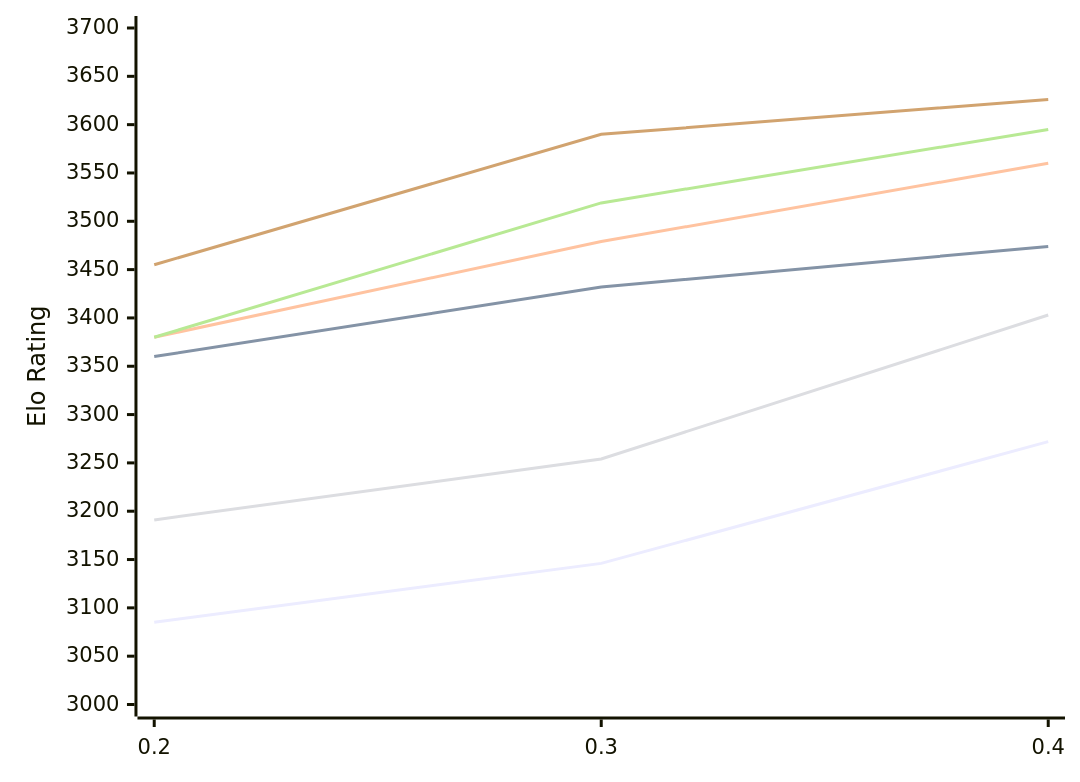
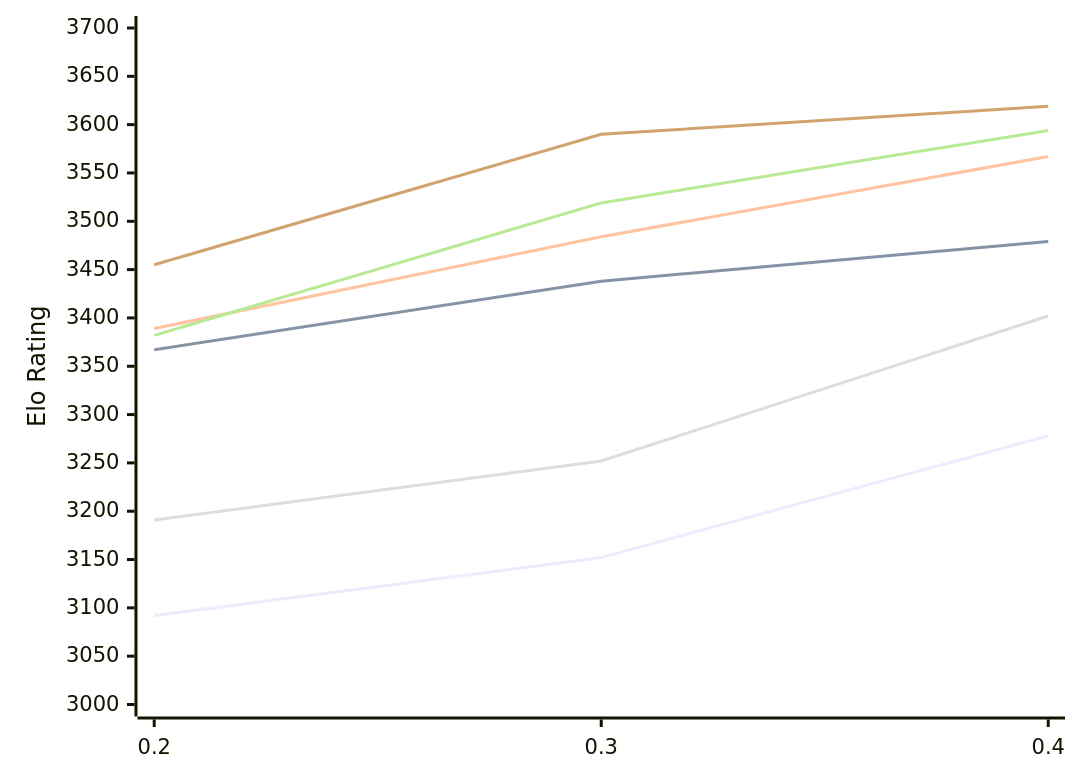
Before and after one commit to computer-chess-index/cci: the diagram in engines/StockDory.md, drawn with Mermaid. The commit also changed other lines of this file, not shown here.

Commit message:
Update CCI Ratings (ELO VLTC) - 2026-11-10

````diff
--- a/engines/StockDory.md
+++ b/engines/StockDory.md
@@ -51,12 +51,12 @@
 ```mermaid
 %%{init: {"theme":"base","themeVariables":{"seriesColors:['#a3a3a3','#222221','#faa371']}}}%%
 xychart-beta
   x-axis ["0.2", "0.3", "0.4"]
   y-axis "Elo Rating" 3000 --> 3700
-  line "E1: STC (8.0+0.08s)" [3085, 3146, 3272]
-  line "E1: LTC (60.0+0.60s)" [3360, 3432, 3474]
-  line "E1: VLTC (2m24s+1.12s)" [3380, 3479, 3560]
-  line "P1: STC (8.0+0.08s)" [3191, 3254, 3403]
-  line "P1: LTC (60.0+0.60s)" [3380, 3519, 3595]
-  line "P1: VLTC (2m24s+1.12s)" [3455, 3590, 3626]
+  line "E1: STC (8.0+0.08s)" [3092, 3152, 3278]
+  line "E1: LTC (60.0+0.60s)" [3367, 3438, 3479]
+  line "E1: VLTC (2m24s+1.12s)" [3389, 3484, 3567]
+  line "P1: STC (8.0+0.08s)" [3191, 3252, 3402]
+  line "P1: LTC (60.0+0.60s)" [3382, 3519, 3594]
+  line "P1: VLTC (2m24s+1.12s)" [3455, 3590, 3619]
 ```
````
